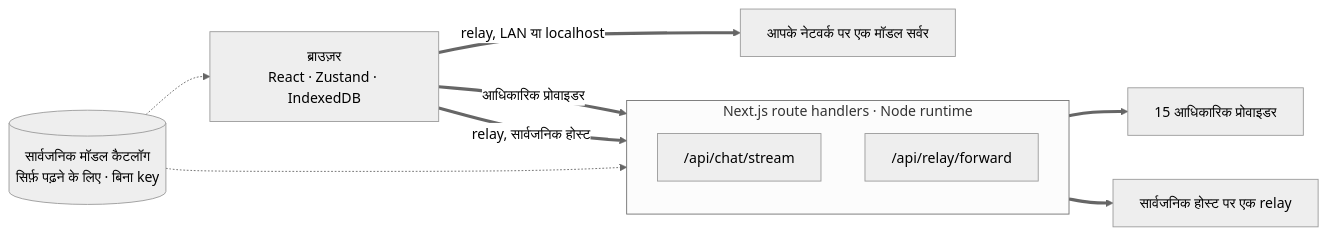
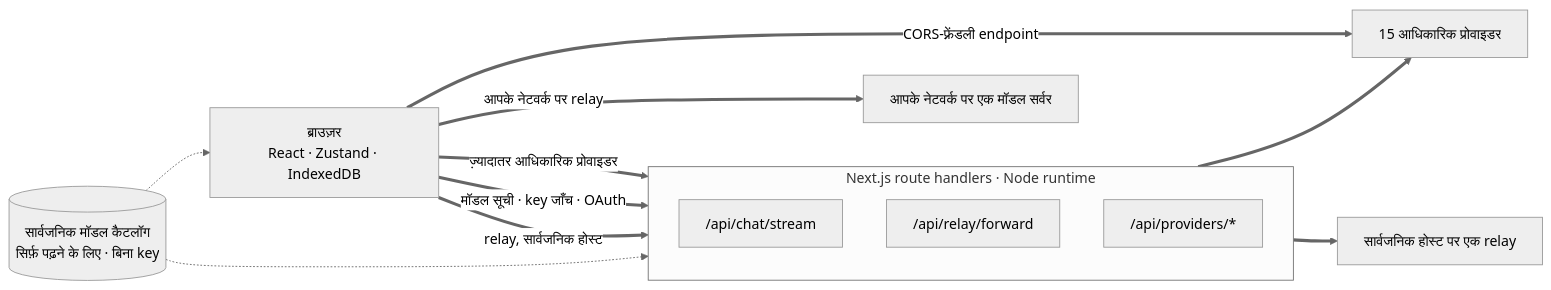
One commit to oriveo/oriveo changed the first of 2 diagrams in readme_i18n/hi/web.md. Above: the diagram before and after it, drawn with Mermaid (neutral theme). The commit also changed other lines of this file and 62 other files, not shown here.

````diff
--- a/readme_i18n/hi/web.md
+++ b/readme_i18n/hi/web.md
@@ -61,21 +61,24 @@
 ```mermaid
 flowchart LR
     browser["ब्राउज़र<br/>React · Zustand · IndexedDB"]
 
     subgraph server ["Next.js route handlers · Node runtime"]
         direction TB
         chat["/api/chat/stream"]
         fwd["/api/relay/forward"]
+        prov["/api/providers/*"]
     end
 
     official["15 आधिकारिक प्रोवाइडर"]
     pubrelay["सार्वजनिक होस्ट पर एक relay"]
     lan["आपके नेटवर्क पर एक मॉडल सर्वर"]
     catalog[("सार्वजनिक मॉडल कैटलॉग<br/>सिर्फ़ पढ़ने के लिए · बिना key")]
 
-    browser ==>|"आधिकारिक प्रोवाइडर"| chat ==> official
+    browser ==>|"ज़्यादातर आधिकारिक प्रोवाइडर"| chat ==> official
+    browser ==>|"मॉडल सूची · key जाँच · OAuth"| prov
     browser ==>|"relay, सार्वजनिक होस्ट"| fwd ==> pubrelay
-    browser ==>|"relay, LAN या localhost"| lan
+    browser ==>|"आपके नेटवर्क पर relay"| lan
+    browser ==>|"CORS-फ़्रेंडली endpoint"| official
     catalog -.-> browser
     catalog -.-> chat
 ```
````
